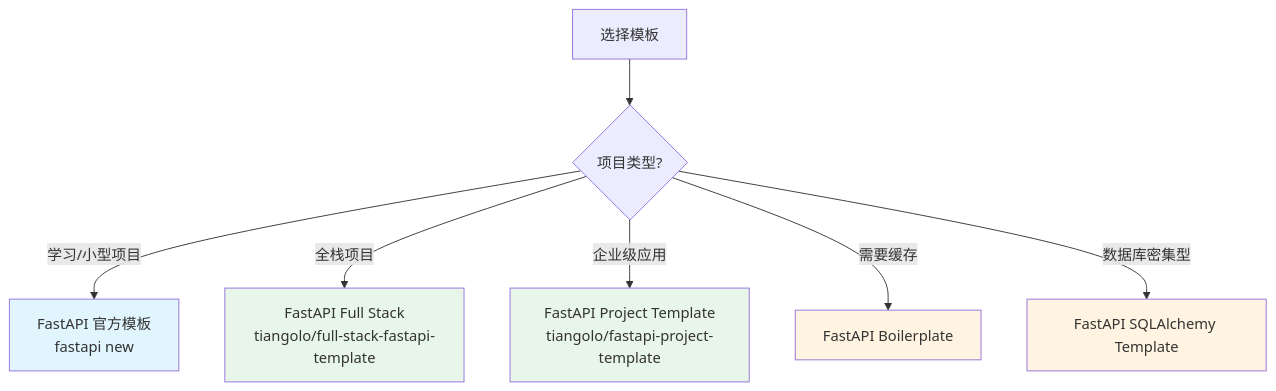
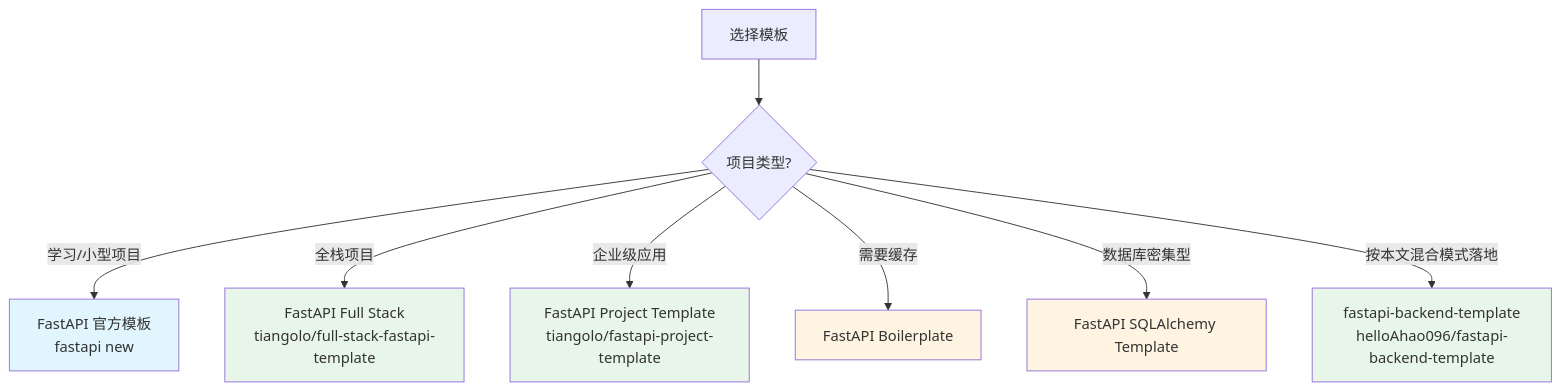
The seventh of 7 diagrams in docs/posts/FastAPI 项目工程化结构设计指南.md (helloAhao096/helloahao096.github.io), drawn with Mermaid before and after one commit. The commit also changed other lines of this file, not shown here.

First line of the commit message:
docs(posts): 新增 fastapi-backend-template 介绍及推荐

````diff
--- a/docs/posts/FastAPI 项目工程化结构设计指南.md
+++ b/docs/posts/FastAPI 项目工程化结构设计指南.md
@@ -2130,15 +2142,17 @@
 ```mermaid
 flowchart TD
     A[选择模板] --> B{项目类型?}
     B -->|学习/小型项目| C[FastAPI 官方模板<br/>fastapi new]
     B -->|全栈项目| D[FastAPI Full Stack<br/>tiangolo/full-stack-fastapi-template]
     B -->|企业级应用| E[FastAPI Project Template<br/>tiangolo/fastapi-project-template]
     B -->|需要缓存| F[FastAPI Boilerplate]
     B -->|数据库密集型| G[FastAPI SQLAlchemy Template]
+    B -->|按本文混合模式落地| H[fastapi-backend-template<br/>helloAhao096/fastapi-backend-template]
     
     style C fill:#e1f5ff
     style D fill:#e8f5e9
     style E fill:#e8f5e9
     style F fill:#fff4e1
     style G fill:#fff4e1
+    style H fill:#e8f5e9
 ```
````
